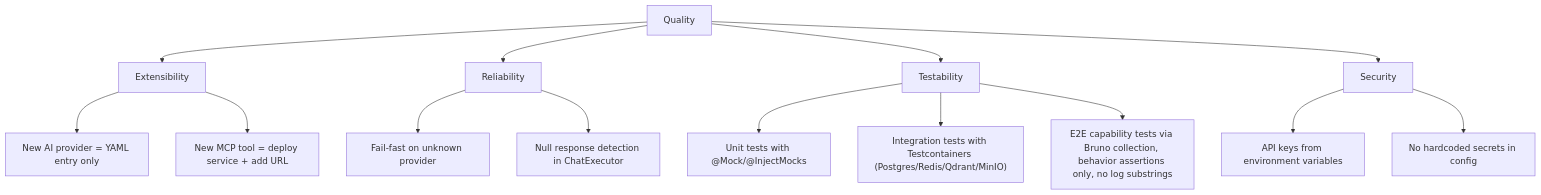
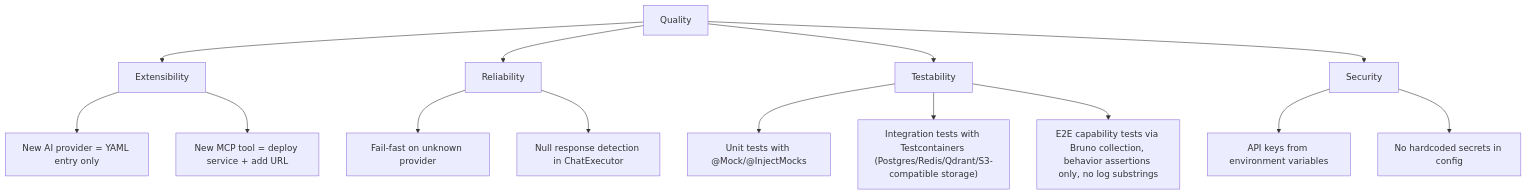
Before and after one commit to Lukk17/AscendAI: the diagram in AscendAgent/docs/architecture/arc42/10-quality-requirements.md, drawn with Mermaid. The commit also changed other lines of this file and 207 other files, not shown here.

First line of the commit message:
feat(storage): replace MinIO with Floci as the local object store

````diff
--- a/AscendAgent/docs/architecture/arc42/10-quality-requirements.md
+++ b/AscendAgent/docs/architecture/arc42/10-quality-requirements.md
@@ -7,21 +7,21 @@
 ```mermaid
 graph TB
     Quality["Quality"]
     Quality --> Extensibility
     Quality --> Reliability
     Quality --> Testability
     Quality --> Security
 
     Extensibility --> E1["New AI provider = YAML entry only"]
     Extensibility --> E2["New MCP tool = deploy service + add URL"]
 
     Reliability --> R1["Fail-fast on unknown provider"]
     Reliability --> R2["Null response detection in ChatExecutor"]
 
     Testability --> T1["Unit tests with @Mock/@InjectMocks"]
-    Testability --> T2["Integration tests with Testcontainers (Postgres/Redis/Qdrant/MinIO)"]
+    Testability --> T2["Integration tests with Testcontainers (Postgres/Redis/Qdrant/S3-compatible storage)"]
     Testability --> T3["E2E capability tests via Bruno collection, behavior assertions only, no log substrings"]
 
     Security --> S1["API keys from environment variables"]
     Security --> S2["No hardcoded secrets in config"]
 ```
````
